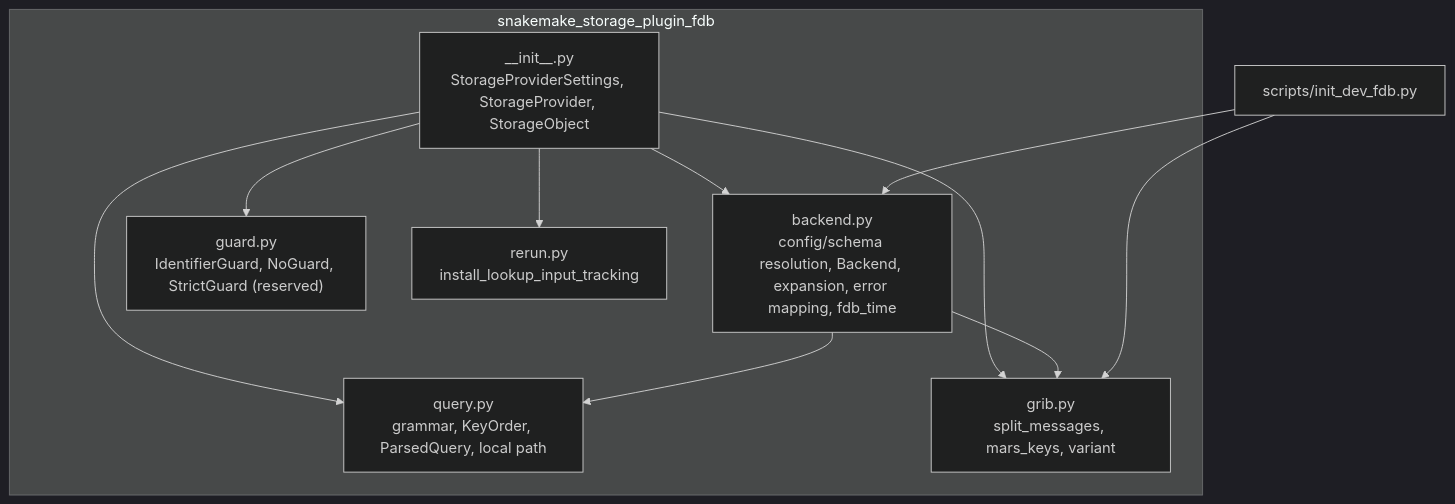
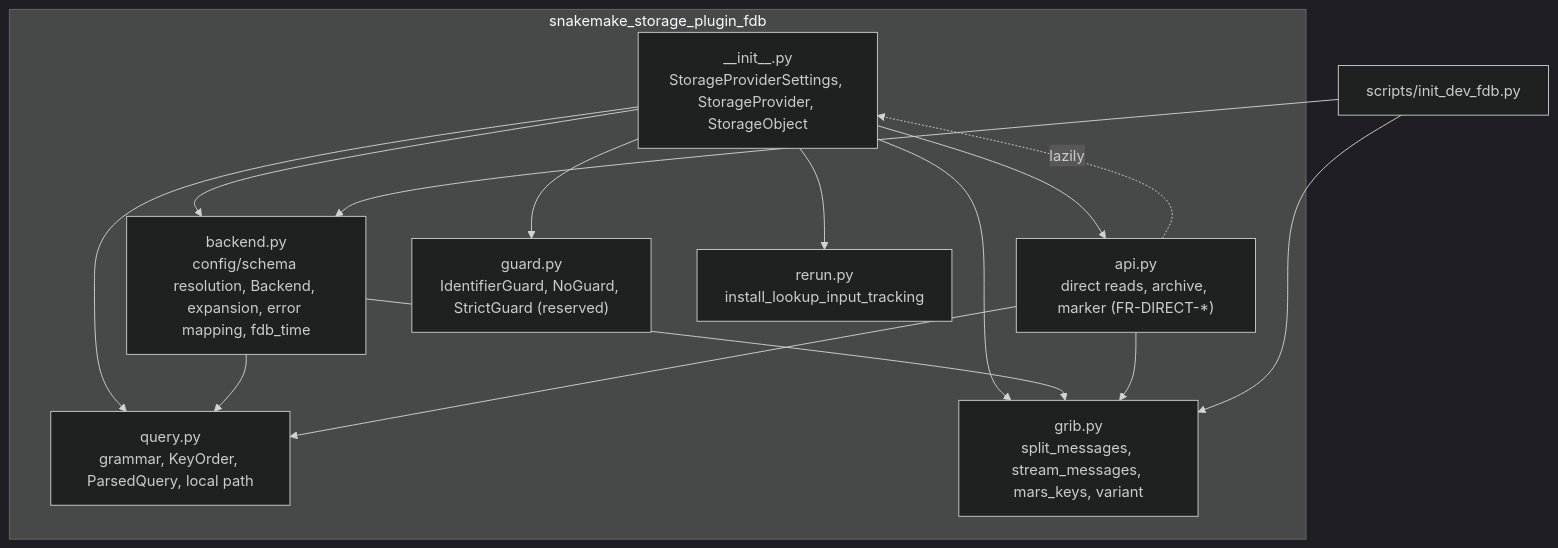
One commit to MeteoSwiss/snakemake-storage-plugin-fdb changed the second of 4 diagrams in docs/design/architecture.md. Above: the diagram before and after it, drawn with Mermaid (dark theme). The commit also changed other lines of this file and 13 other files, not shown here.

````diff
--- a/docs/design/architecture.md
+++ b/docs/design/architecture.md
@@ -93,20 +98,25 @@
 ```mermaid
 flowchart TB
     subgraph package [snakemake_storage_plugin_fdb]
         init["__init__.py<br/>StorageProviderSettings, StorageProvider, StorageObject"]
         query["query.py<br/>grammar, KeyOrder, ParsedQuery, local path"]
         backend["backend.py<br/>config/schema resolution, Backend, expansion, error mapping, fdb_time"]
-        grib["grib.py<br/>split_messages, mars_keys, variant"]
+        grib["grib.py<br/>split_messages, stream_messages, mars_keys, variant"]
+        apimod["api.py<br/>direct reads, archive, marker (FR-DIRECT-*)"]
         guard["guard.py<br/>IdentifierGuard, NoGuard, StrictGuard (reserved)"]
         rerun["rerun.py<br/>install_lookup_input_tracking"]
     end
+    init --> apimod
     init --> query
     init --> backend
     init --> grib
     init --> guard
     init --> rerun
     backend --> query
     backend --> grib
+    apimod --> query
+    apimod --> grib
+    apimod -. lazily .-> init
     scripts["scripts/init_dev_fdb.py"] --> backend
     scripts --> grib
 ```
````
